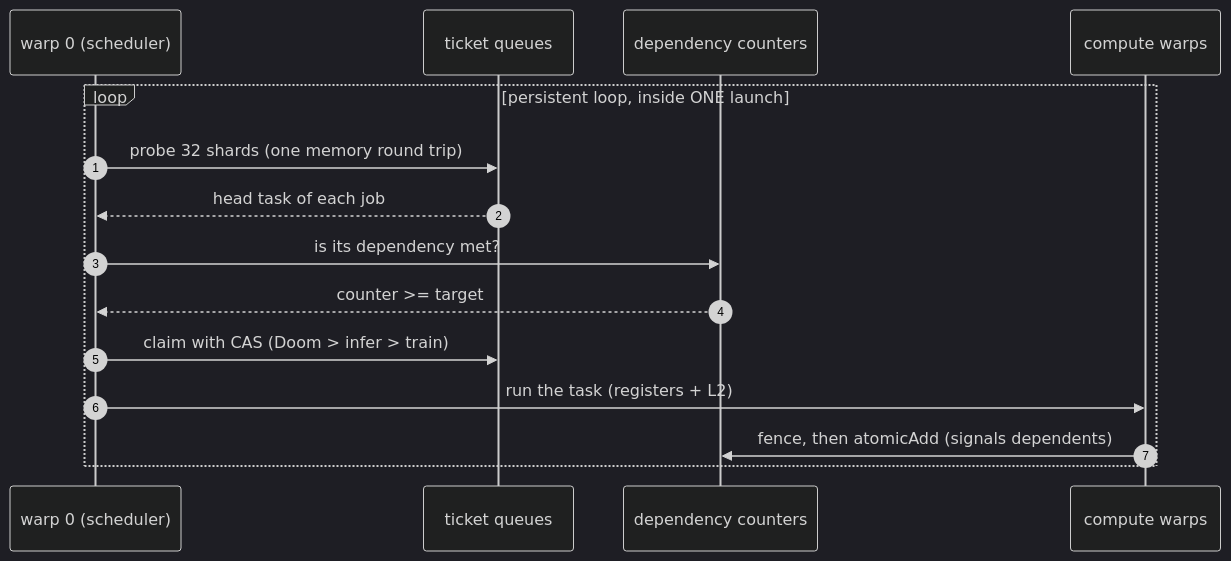
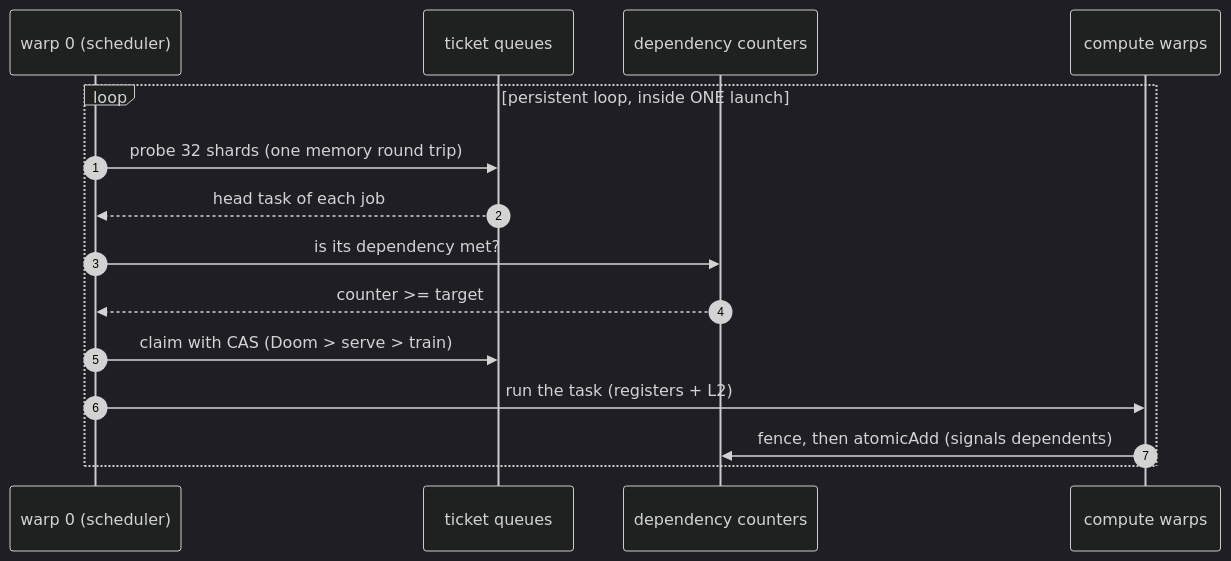
The second of 3 diagrams in README.md (Bobliuuu/open-flapping-airplanes), drawn with Mermaid (dark theme) before and after one commit. The commit also changed other lines of this file and 4 other files, not shown here.

````diff
--- a/README.md
+++ b/README.md
@@ -43,17 +111,17 @@
 ```mermaid
 sequenceDiagram
     autonumber
     participant S as warp 0 (scheduler)
     participant Q as ticket queues
     participant C as dependency counters
     participant W as compute warps
     loop persistent loop, inside ONE launch
         S->>Q: probe 32 shards (one memory round trip)
         Q-->>S: head task of each job
         S->>C: is its dependency met?
         C-->>S: counter >= target
-        S->>Q: claim with CAS (Doom > infer > train)
+        S->>Q: claim with CAS (Doom > serve > train)
         S->>W: run the task (registers + L2)
         W->>C: fence, then atomicAdd (signals dependents)
     end
 ```
````
